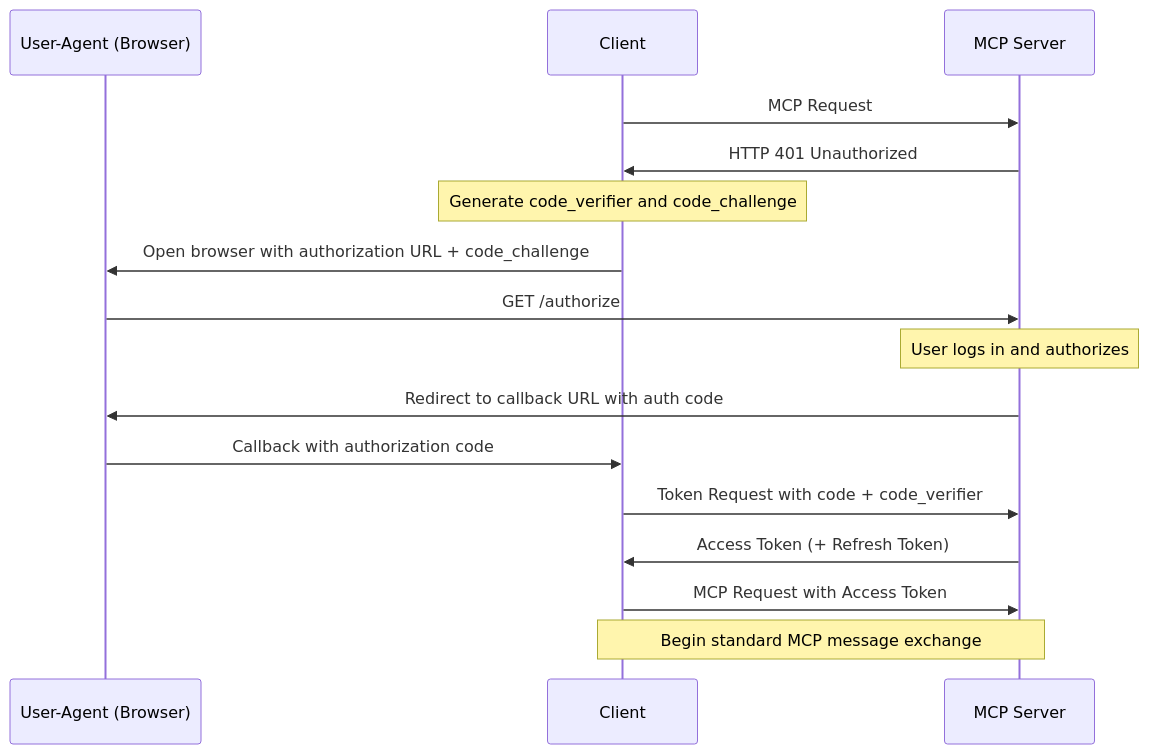
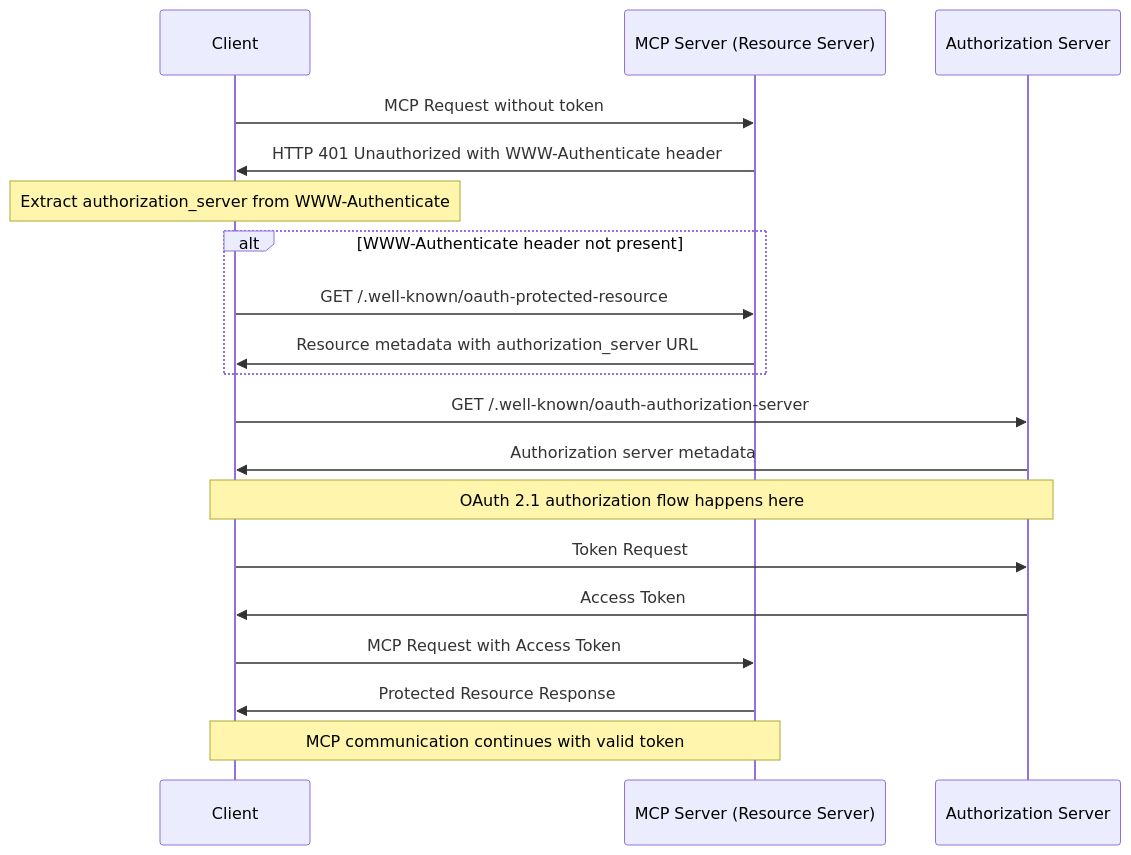
The first of 3 diagrams in docs/specification/2025-03-26/basic/authorization.mdx (modelcontextprotocol/specification), drawn with Mermaid before and after one commit. The commit also changed other lines of this file, not shown here.

Commit message:
authorization: separate AS/RS

````diff
--- a/docs/specification/2025-03-26/basic/authorization.mdx
+++ b/docs/specification/2025-03-26/basic/authorization.mdx
@@ -87,19 +115,27 @@
 ```mermaid
 sequenceDiagram
-    participant B as User-Agent (Browser)
     participant C as Client
-    participant M as MCP Server
+    participant M as MCP Server (Resource Server)
+    participant A as Authorization Server
 
-    C->>M: MCP Request
-    M->>C: HTTP 401 Unauthorized
-    Note over C: Generate code_verifier and code_challenge
-    C->>B: Open browser with authorization URL + code_challenge
-    B->>M: GET /authorize
-    Note over M: User logs in and authorizes
-    M->>B: Redirect to callback URL with auth code
-    B->>C: Callback with authorization code
-    C->>M: Token Request with code + code_verifier
-    M->>C: Access Token (+ Refresh Token)
+    C->>M: MCP Request without token
+    M->>C: HTTP 401 Unauthorized with WWW-Authenticate header
+    Note over C: Extract authorization_server from WWW-Authenticate
+
+    alt WWW-Authenticate header not present
+        C->>M: GET /.well-known/oauth-protected-resource
+        M->>C: Resource metadata with authorization_server URL
+    end
+
+    C->>A: GET /.well-known/oauth-authorization-server
+    A->>C: Authorization server metadata
+
+    Note over C,A: OAuth 2.1 authorization flow happens here
+
+    C->>A: Token Request
+    A->>C: Access Token
+
     C->>M: MCP Request with Access Token
-    Note over C,M: Begin standard MCP message exchange
+    M->>C: Protected Resource Response
+    Note over C,M: MCP communication continues with valid token
 ```
````
